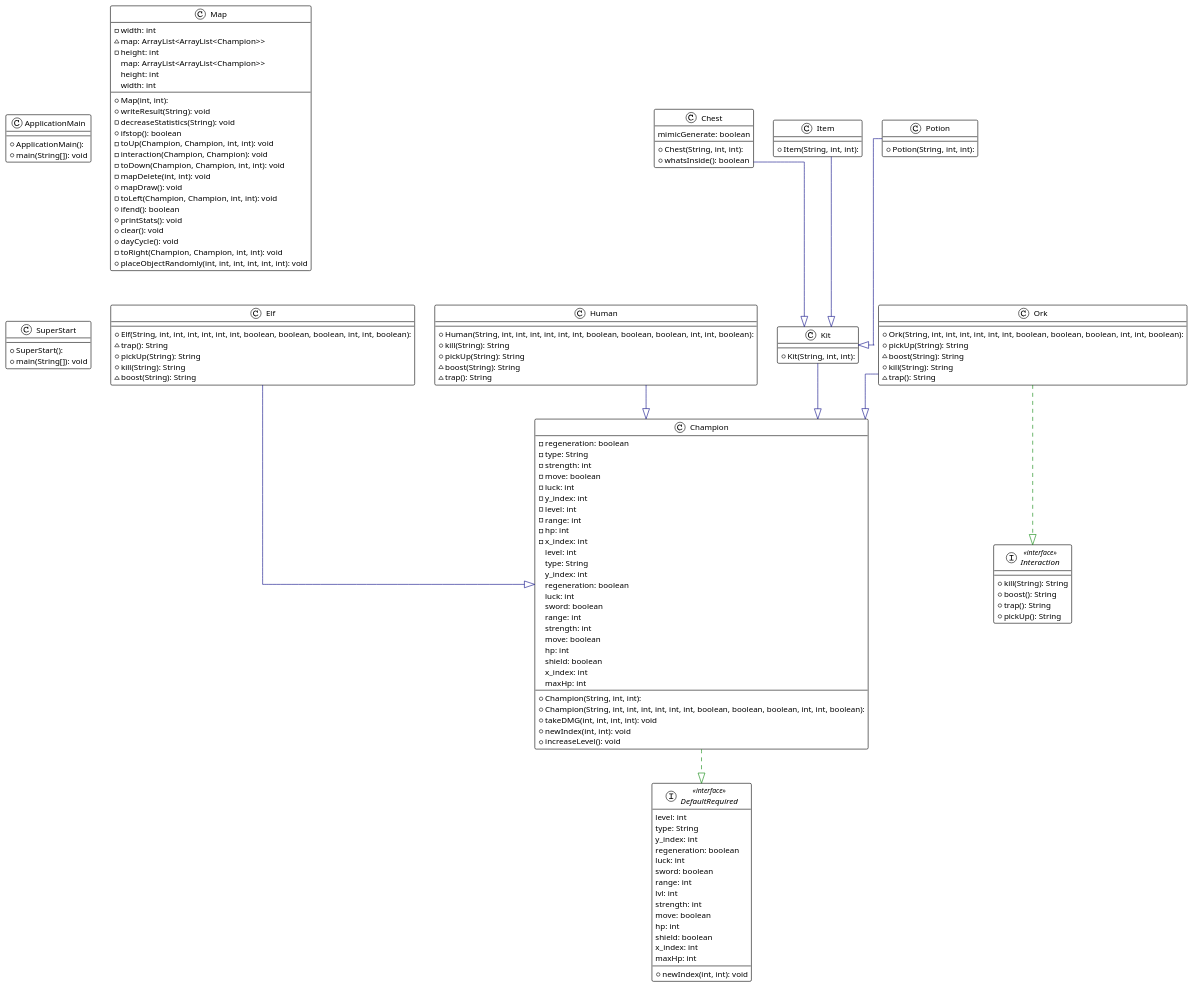
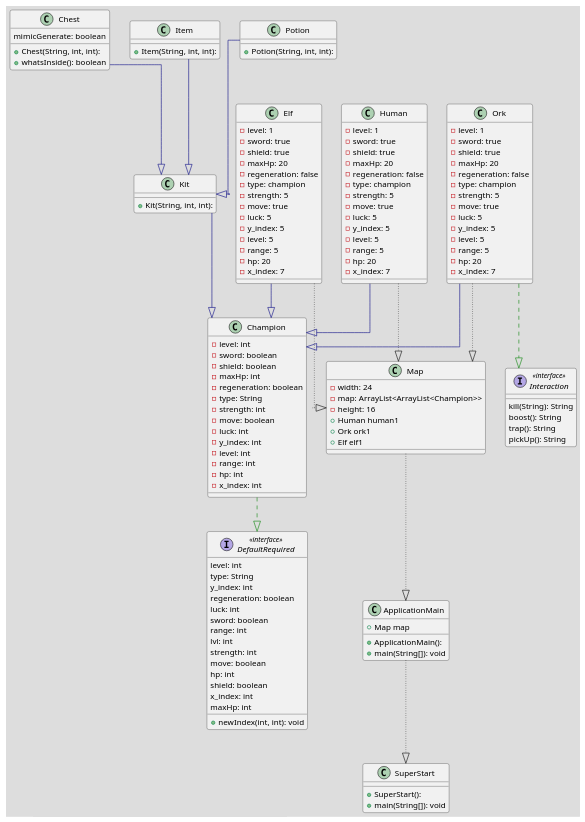
The diagram in SymulatorPolaBitwy-OOP-Project-New-Class.plantuml (mikus3363/SymulatorPolaBitwy-OOP-project), drawn with PlantUML before and after one commit. The commit also changed 1 other file, not shown here.

```diff
--- a/SymulatorPolaBitwy-OOP-Project-New-Class.plantuml
+++ b/SymulatorPolaBitwy-OOP-Project-New-Class.plantuml
@@ -1,137 +1,142 @@
 @startuml
 
-!theme plain
+!theme toy
 top to bottom direction
 skinparam linetype ortho
 
 class ApplicationMain {
+   + Map map
   + ApplicationMain(): 
   + main(String[]): void
 }
 class Champion {
-  + Champion(String, int, int): 
-  + Champion(String, int, int, int, int, int, int, boolean, boolean, boolean, int, int, boolean): 
+  - level: int
+  - sword: boolean
+  - shield: boolean
+  - maxHp: int
   - regeneration: boolean
   - type: String
   - strength: int
   - move: boolean
   - luck: int
   - y_index: int
   - level: int
   - range: int
   - hp: int
   - x_index: int
-  + takeDMG(int, int, int, int): void
-  + newIndex(int, int): void
-  + increaseLevel(): void
-   level: int
-   type: String
-   y_index: int
-   regeneration: boolean
-   luck: int
-   sword: boolean
-   range: int
-   strength: int
-   move: boolean
-   hp: int
-   shield: boolean
-   x_index: int
-   maxHp: int
 }
 class Chest {
   + Chest(String, int, int): 
   + whatsInside(): boolean
    mimicGenerate: boolean
 }
 interface DefaultRequired << interface >> {
   + newIndex(int, int): void
    level: int
    type: String
    y_index: int
    regeneration: boolean
    luck: int
    sword: boolean
    range: int
    lvl: int
    strength: int
    move: boolean
    hp: int
    shield: boolean
    x_index: int
    maxHp: int
 }
 class Elf {
-  + Elf(String, int, int, int, int, int, int, boolean, boolean, boolean, int, int, boolean): 
-  ~ trap(): String
-  + pickUp(String): String
-  + kill(String): String
-  ~ boost(String): String
+  - level: 1
+   - sword: true
+   - shield: true
+   - maxHp: 20
+    - regeneration: false
+    - type: champion
+    - strength: 5
+    - move: true
+    - luck: 5
+    - y_index: 5
+    - level: 5
+    - range: 5
+    - hp: 20
+    - x_index: 7
 }
 class Human {
-  + Human(String, int, int, int, int, int, int, boolean, boolean, boolean, int, int, boolean): 
-  + kill(String): String
-  + pickUp(String): String
-  ~ boost(String): String
-  ~ trap(): String
+  - level: 1
+   - sword: true
+   - shield: true
+   - maxHp: 20
+    - regeneration: false
+    - type: champion
+    - strength: 5
+    - move: true
+    - luck: 5
+    - y_index: 5
+    - level: 5
+    - range: 5
+    - hp: 20
+    - x_index: 7
 }
 interface Interaction << interface >> {
-  + kill(String): String
-  + boost(): String
-  + trap(): String
-  + pickUp(): String
+   kill(String): String
+   boost(): String
+   trap(): String
+   pickUp(): String
 }
 class Item {
   + Item(String, int, int): 
 }
 class Kit {
   + Kit(String, int, int): 
 }
 class Map {
-  + Map(int, int): 
-  - width: int
-  ~ map: ArrayList<ArrayList<Champion>>
-  - height: int
-  + writeResult(String): void
-  - decreaseStatistics(String): void
-  + ifstop(): boolean
-  - toUp(Champion, Champion, int, int): void
-  - interaction(Champion, Champion): void
-  - toDown(Champion, Champion, int, int): void
-  - mapDelete(int, int): void
-  + mapDraw(): void
-  - toLeft(Champion, Champion, int, int): void
-  + ifend(): boolean
-  + printStats(): void
-  + clear(): void
-  + dayCycle(): void
-  - toRight(Champion, Champion, int, int): void
-  + placeObjectRandomly(int, int, int, int, int, int): void
-   map: ArrayList<ArrayList<Champion>>
-   height: int
-   width: int
+  - width: 24
+  - map: ArrayList<ArrayList<Champion>>
+  - height: 16
+  + Human human1
+  + Ork ork1
+  + Elf elf1
 }
 class Ork {
-  + Ork(String, int, int, int, int, int, int, boolean, boolean, boolean, int, int, boolean): 
-  + pickUp(String): String
-  ~ boost(String): String
-  + kill(String): String
-  ~ trap(): String
+  - level: 1
+   - sword: true
+   - shield: true
+   - maxHp: 20
+    - regeneration: false
+    - type: champion
+    - strength: 5
+    - move: true
+    - luck: 5
+    - y_index: 5
+    - level: 5
+    - range: 5
+    - hp: 20
+    - x_index: 7
 }
 class Potion {
   + Potion(String, int, int): 
 }
 class SuperStart {
   + SuperStart(): 
   + main(String[]): void
 }
+
+Map         -[#000000,dotted]-^  ApplicationMain
+Elf              -[#000000,dotted]-^  Map
+Ork              -[#000000,dotted]-^  Map
+Human            -[#000000,dotted]-^  Map
+ApplicationMain            -[#000000,dotted]-^  SuperStart
+
 
 Champion         -[#008200,dashed]-^  DefaultRequired 
 Chest            -[#000082,plain]-^  Kit             
 Elf              -[#000082,plain]-^  Champion        
 Human            -[#000082,plain]-^  Champion        
 Item             -[#000082,plain]-^  Kit             
 Kit              -[#000082,plain]-^  Champion        
 Ork              -[#000082,plain]-^  Champion        
 Ork              -[#008200,dashed]-^  Interaction     
 Potion           -[#000082,plain]-^  Kit             
 @enduml
```
